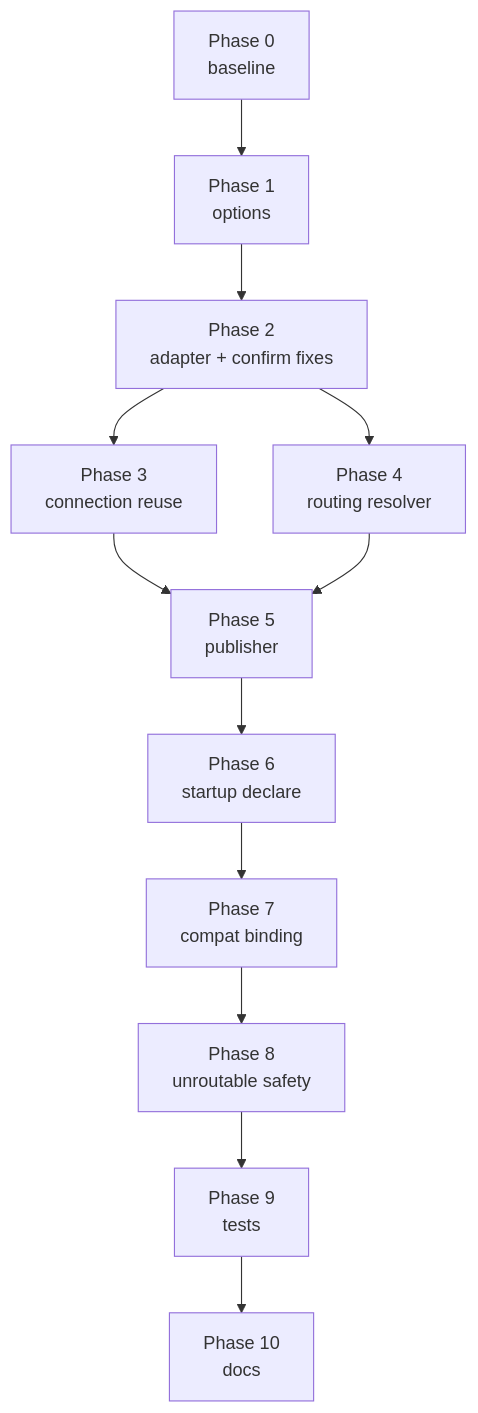
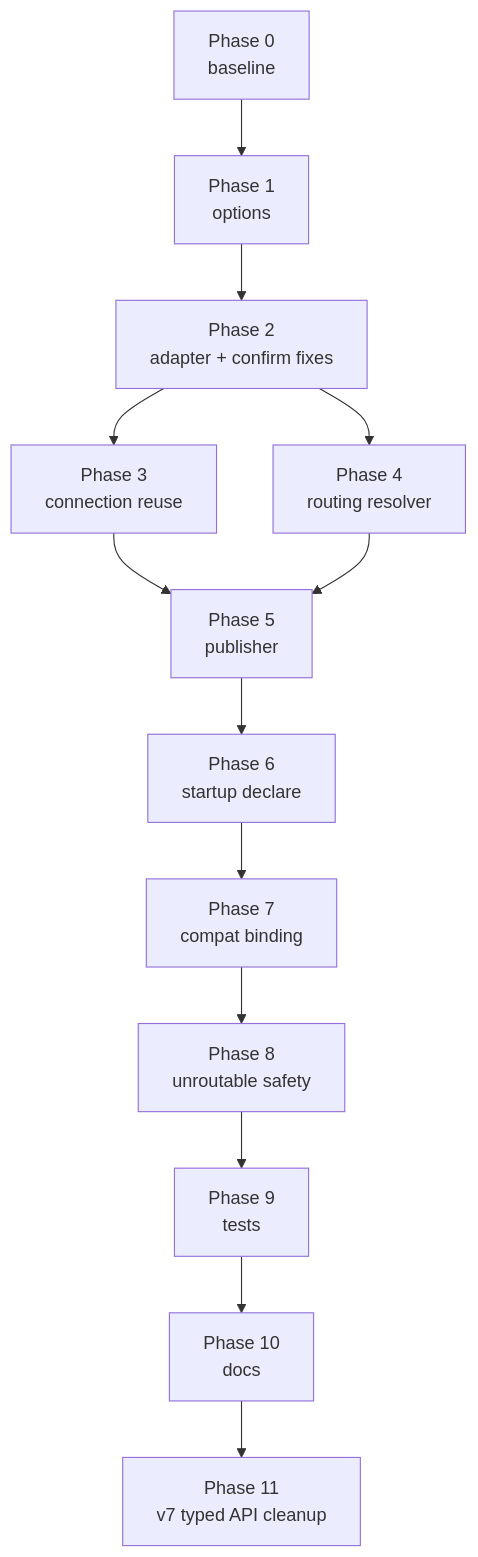
The diagram in docs/implementation/messaging_exchange_migration_plan.md (haudtech/transaction-validation), drawn with Mermaid before and after one commit. The commit also changed other lines of this file and 31 other files, not shown here.

````diff
--- a/docs/implementation/messaging_exchange_migration_plan.md
+++ b/docs/implementation/messaging_exchange_migration_plan.md
@@ -223,14 +294,15 @@
 ```mermaid
 flowchart TD
     P0[Phase 0<br/>baseline] --> P1[Phase 1<br/>options]
     P1 --> P2[Phase 2<br/>adapter + confirm fixes]
     P2 --> P3[Phase 3<br/>connection reuse]
     P2 --> P4[Phase 4<br/>routing resolver]
     P3 --> P5[Phase 5<br/>publisher]
     P4 --> P5
     P5 --> P6[Phase 6<br/>startup declare]
     P6 --> P7[Phase 7<br/>compat binding]
     P7 --> P8[Phase 8<br/>unroutable safety]
     P8 --> P9[Phase 9<br/>tests]
     P9 --> P10[Phase 10<br/>docs]
+    P10 --> P11[Phase 11<br/>v7 typed API cleanup]
 ```
````
